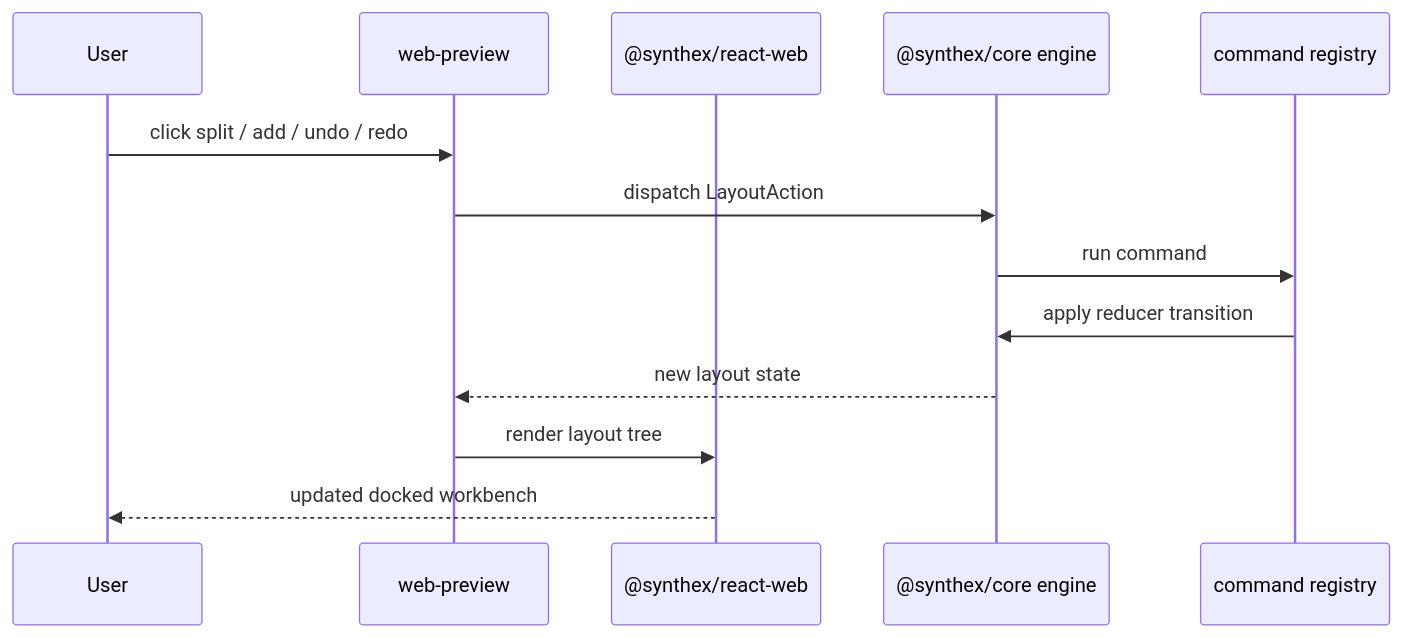
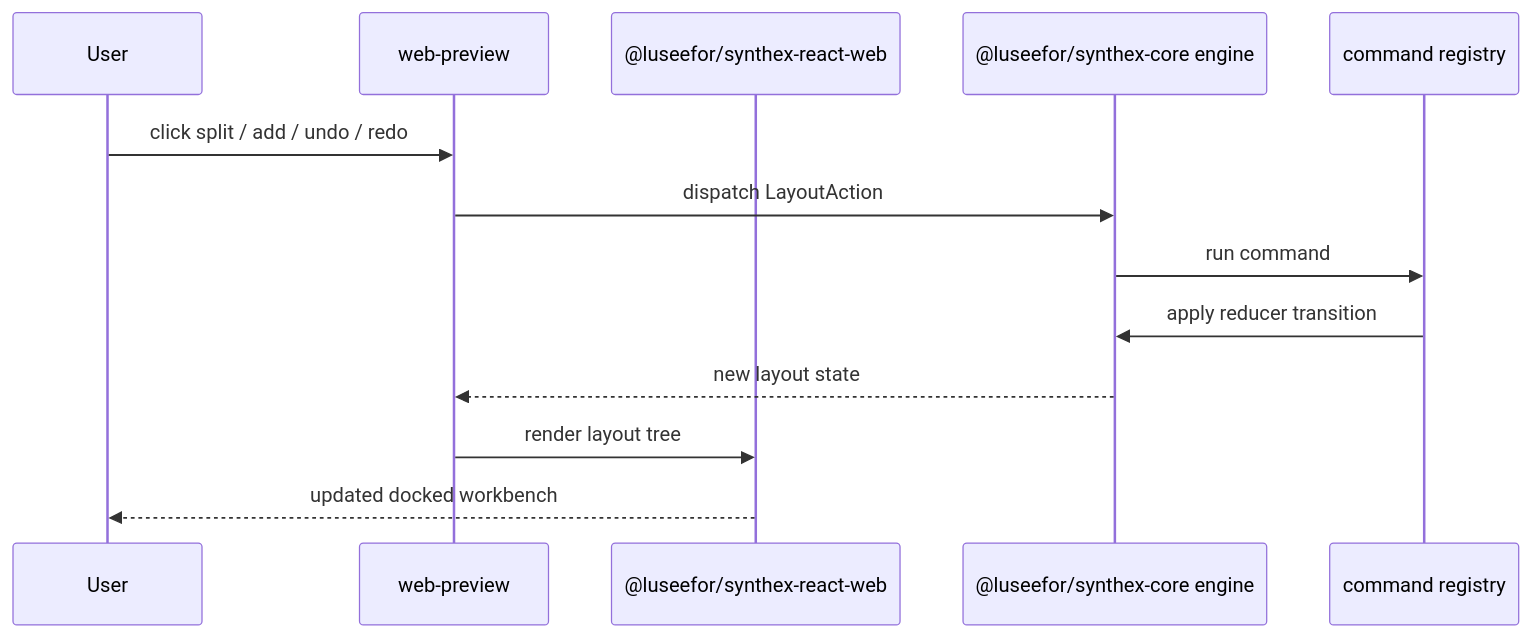
Before and after one commit to Luseefor/synthex-ui: the sixth of 11 diagrams in docs/mermaid-architecture.md, drawn with Mermaid. The commit also changed other lines of this file and 35 other files, not shown here.

````diff
--- a/docs/mermaid-architecture.md
+++ b/docs/mermaid-architecture.md
@@ -110,16 +110,16 @@
 ```mermaid
 sequenceDiagram
   participant User
   participant Preview as web-preview
-  participant Renderer as @synthex/react-web
-  participant Engine as @synthex/core engine
+  participant Renderer as @luseefor/synthex-react-web
+  participant Engine as @luseefor/synthex-core engine
   participant Registry as command registry
 
   User->>Preview: click split / add / undo / redo
   Preview->>Engine: dispatch LayoutAction
   Engine->>Registry: run command
   Registry->>Engine: apply reducer transition
   Engine-->>Preview: new layout state
   Preview->>Renderer: render layout tree
   Renderer-->>User: updated docked workbench
 ```
````
